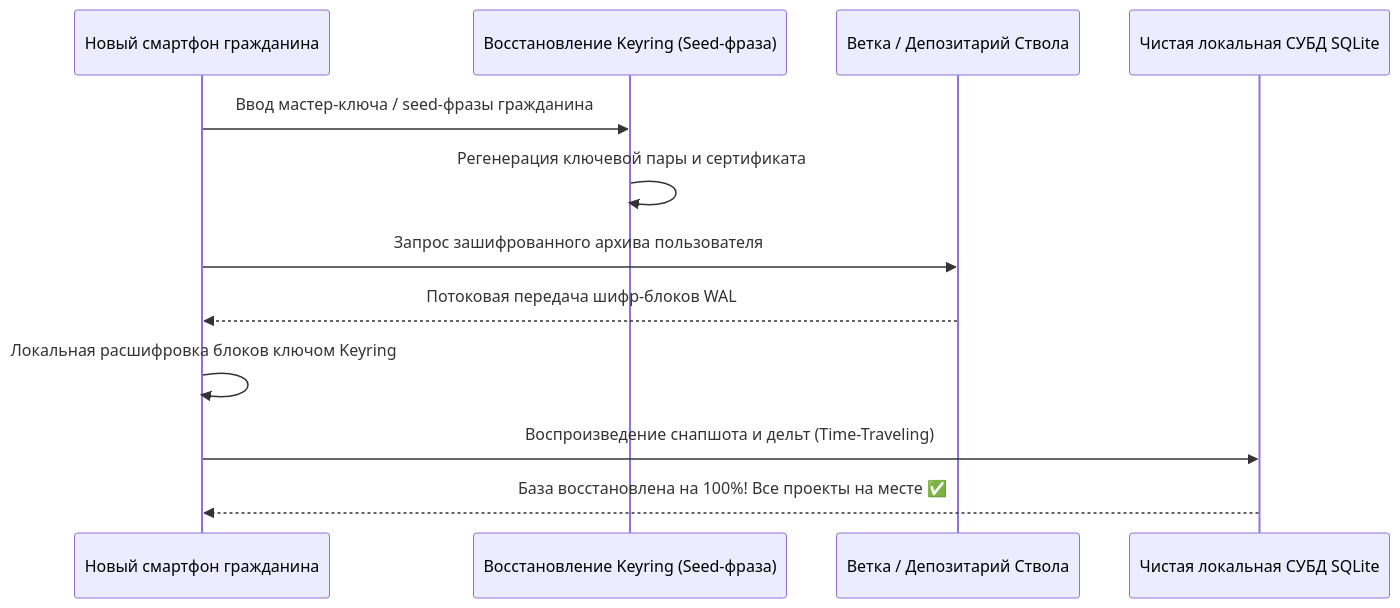
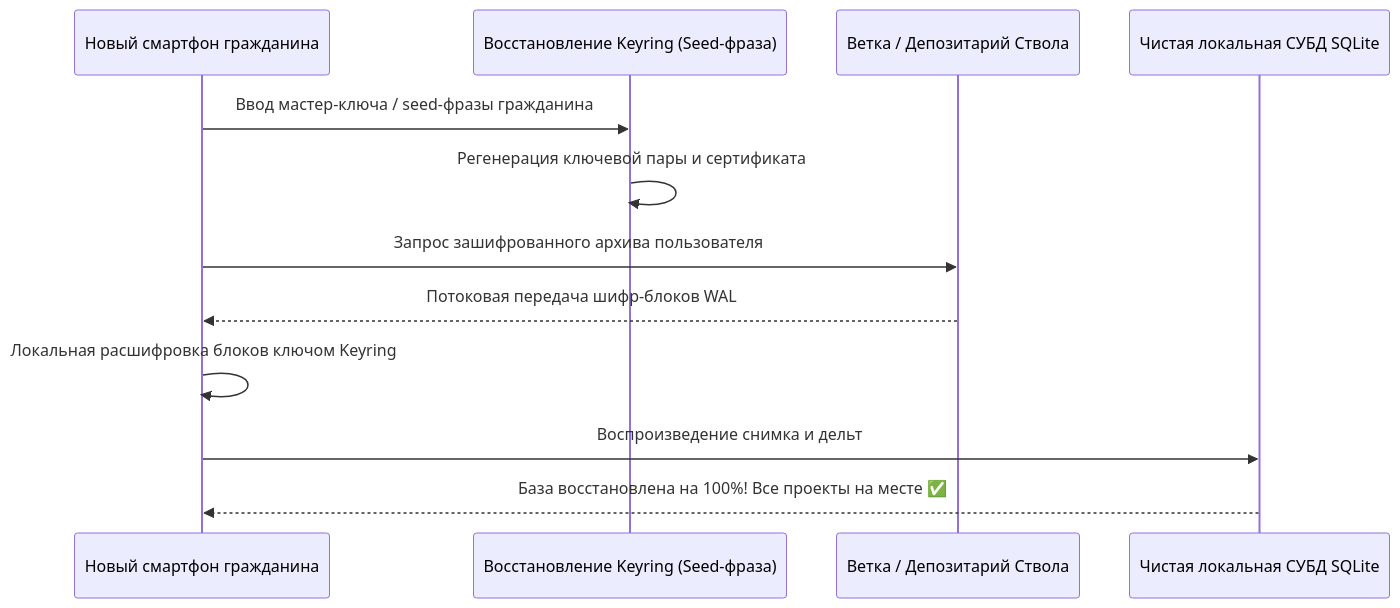
One commit to Data-Independence-Network/presentations changed diagram 11 of 11 in architecture_presentations/06_tree_search_and_analytics/docs/presentation_deck.md. Above: the diagram before and after it, drawn with Mermaid. The commit also changed other lines of this file and 88 other files, not shown here.

```diff
--- a/architecture_presentations/06_tree_search_and_analytics/docs/presentation_deck.md
+++ b/architecture_presentations/06_tree_search_and_analytics/docs/presentation_deck.md
@@ -747,15 +747,15 @@
         <div class="mermaid">
 sequenceDiagram
     participant User as Новый смартфон гражданина
     participant Keyring as Восстановление Keyring (Seed-фраза)
     participant Branch as Ветка / Депозитарий Ствола
     participant SQLite as Чистая локальная СУБД SQLite
 
     User->>Keyring: Ввод мастер-ключа / seed-фразы гражданина
     Keyring->>Keyring: Регенерация ключевой пары и сертификата
     User->>Branch: Запрос зашифрованного архива пользователя
     Branch-->>User: Потоковая передача шифр-блоков WAL
     User->>User: Локальная расшифровка блоков ключом Keyring
-    User->>SQLite: Воспроизведение снапшота и дельт (Time-Traveling)
+    User->>SQLite: Воспроизведение снимка и дельт
     SQLite-->>User: База восстановлена на 100%! Все проекты на месте ✅
         </div>
```
